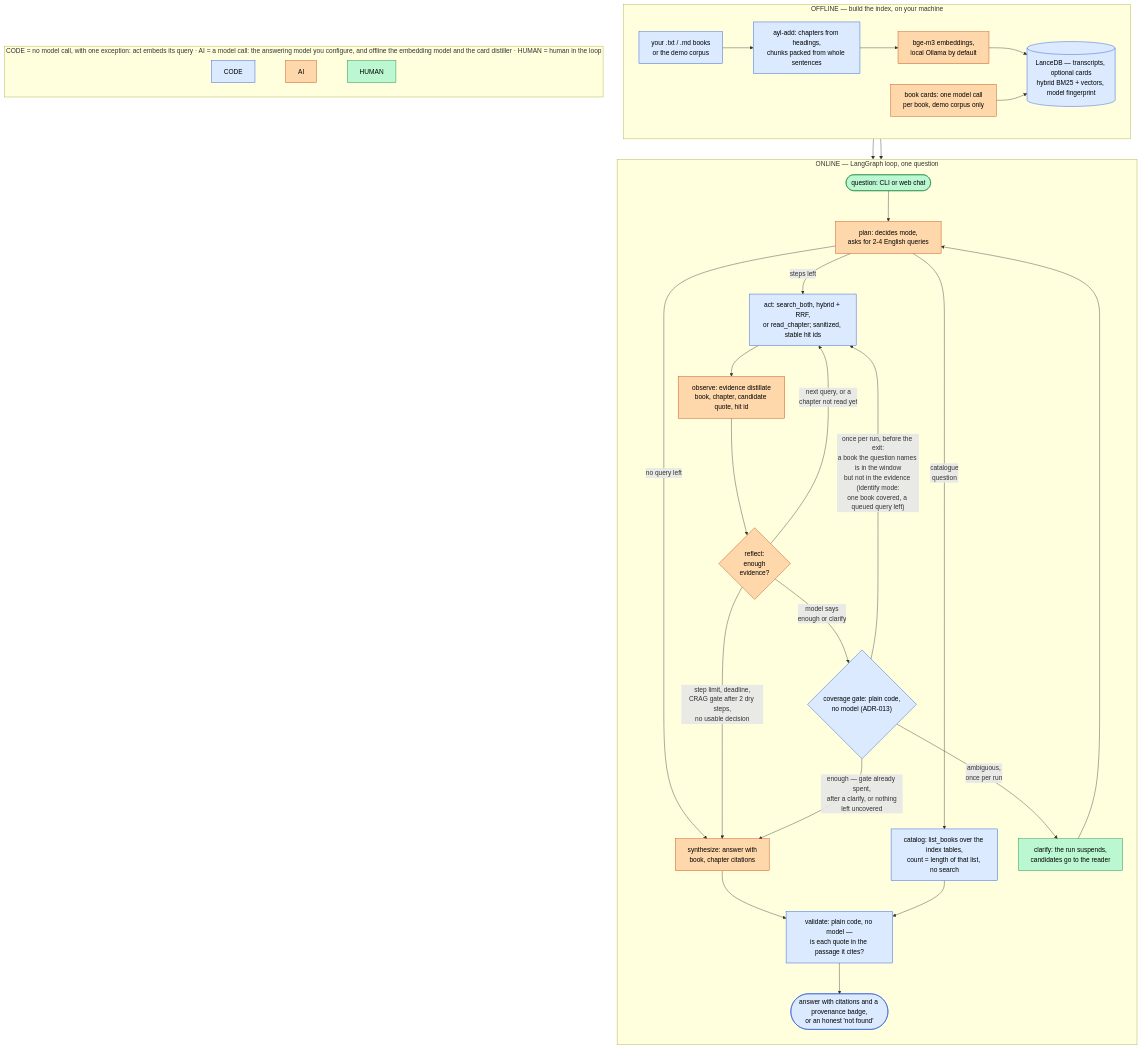
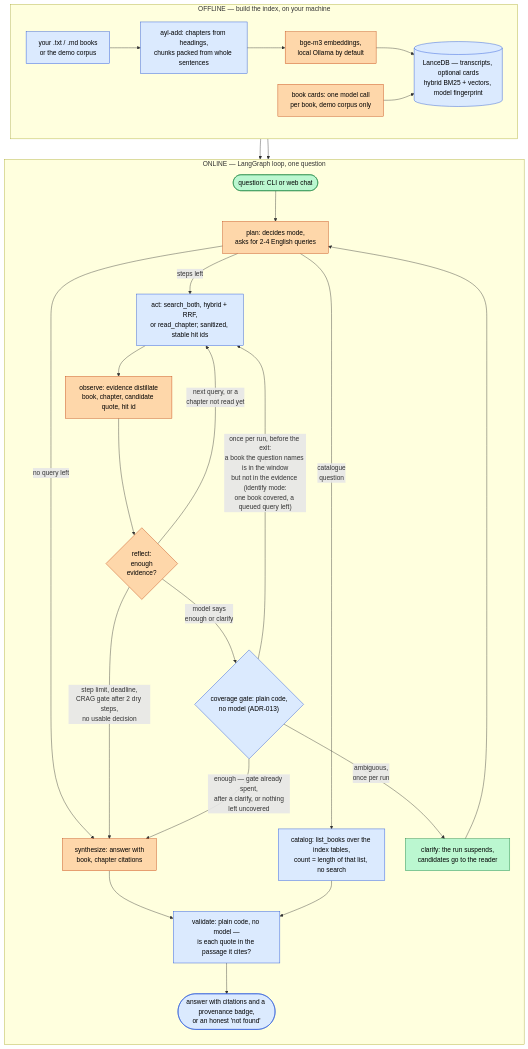
One commit to ievgen-borysenko/ask-your-library changed the first of 2 diagrams in docs/architecture.md. Above: the diagram before and after it, drawn with Mermaid. The commit also changed other lines of this file and 4 other files, not shown here.

````diff
--- a/docs/architecture.md
+++ b/docs/architecture.md
@@ -11,40 +11,36 @@
 ```mermaid
 flowchart TB
     subgraph offline["OFFLINE — build the index, on your machine"]
         direction LR
         BK["your .txt / .md books<br/>or the demo corpus"]:::code
         CRD["book cards: one model call<br/>per book, demo corpus only"]:::ai
         BK --> CHK["ayl-add: chapters from headings,<br/>chunks packed from whole sentences"]:::code
         CHK --> EMB["bge-m3 embeddings,<br/>local Ollama by default"]:::ai
         EMB --> DB[("LanceDB — transcripts, optional cards<br/>hybrid BM25 + vectors, model fingerprint")]:::code
         CRD --> DB
     end
     subgraph online["ONLINE — LangGraph loop, one question"]
         direction TB
         Q(["question: CLI or web chat"]):::human --> PLAN["plan: decides mode,<br/>asks for 2-4 English queries"]:::ai
         PLAN -->|"catalogue<br/>question"| CAT["catalog: list_books over the index tables,<br/>count = length of that list, no search"]:::code
         PLAN -->|"steps left"| ACT["act: search_both, hybrid + RRF,<br/>or read_chapter; sanitized, stable hit ids"]:::code
         PLAN -->|"no query left"| SYN
         ACT --> OBS["observe: evidence distillate<br/>book, chapter, candidate quote, hit id"]:::ai
         OBS --> REF{"reflect:<br/>enough<br/>evidence?"}:::ai
         REF -->|"next query, or a<br/>chapter not read yet"| ACT
         REF -->|"step limit, deadline,<br/>CRAG gate after 2 dry steps,<br/>no usable decision"| SYN["synthesize: answer with<br/>book, chapter citations"]:::ai
         REF -->|"model says<br/>enough or clarify"| COV{"coverage gate: plain code,<br/>no model (ADR-013)"}:::code
         COV -->|"once per run, before the exit:<br/>a book the question names is in the window<br/>but not in the evidence (identify mode:<br/>one book covered, a queued query left)"| ACT
         COV -->|"ambiguous,<br/>once per run"| CLR["clarify: the run suspends,<br/>candidates go to the reader"]:::human
         CLR --> PLAN
         COV -->|"enough — gate already spent,<br/>after a clarify, or nothing<br/>left uncovered"| SYN
         SYN --> VAL["validate: plain code, no model —<br/>is each quote in the passage it cites?"]:::code
         CAT --> VAL
         VAL --> OUT(["answer with citations and a provenance badge,<br/>or an honest 'not found'"]):::code
     end
-    subgraph legend["CODE = no model call, with one exception: act embeds its query · AI = a model call: the answering model you configure, and offline the embedding model and the card distiller · HUMAN = human in the loop"]
-        direction LR
-        L1["CODE"]:::code ~~~ L2["AI"]:::ai ~~~ L3["HUMAN"]:::human
-    end
     DB --> ACT
     DB --> CAT
     classDef code fill:#dbeafe,stroke:#1d4ed8,color:#000
     classDef ai fill:#fed7aa,stroke:#c2410c,color:#000
     classDef human fill:#bbf7d0,stroke:#15803d,color:#000
 ```
````
